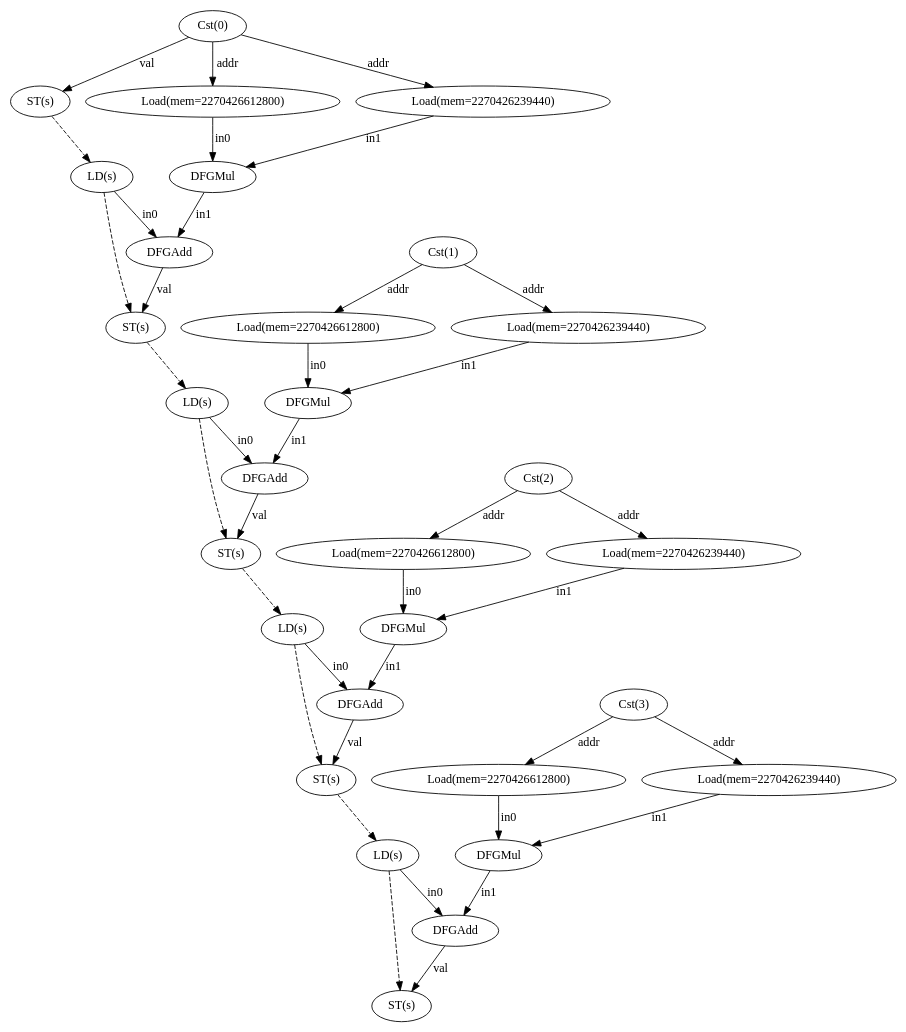
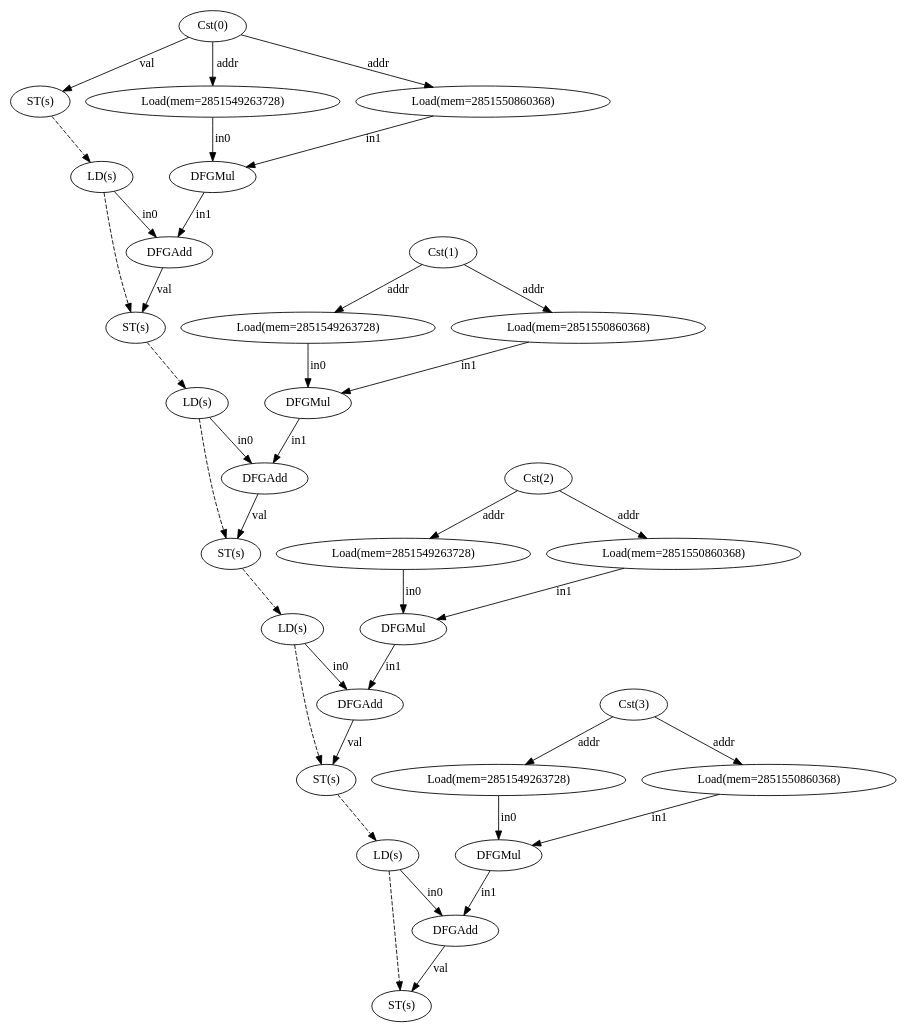
One commit to ma-carrillo/High-level-synthesis-assignment changed the diagram in test13/dfg.dot. Above: the diagram before and after it, drawn with Graphviz. The commit also changed 19 other files, not shown here.

```diff
--- a/test13/dfg.dot
+++ b/test13/dfg.dot
@@ -1,68 +1,68 @@
 digraph "dfg" {
   n0 [label="Cst(0)"];
   n1 [label="ST(s)"];
   n2 [label="LD(s)"];
-  n3 [label="Load(mem=2270426612800)"];
-  n4 [label="Load(mem=2270426239440)"];
+  n3 [label="Load(mem=2851549263728)"];
+  n4 [label="Load(mem=2851550860368)"];
   n5 [label="DFGMul"];
   n6 [label="DFGAdd"];
   n7 [label="ST(s)"];
   n8 [label="LD(s)"];
   n9 [label="Cst(1)"];
-  n10 [label="Load(mem=2270426612800)"];
-  n11 [label="Load(mem=2270426239440)"];
+  n10 [label="Load(mem=2851549263728)"];
+  n11 [label="Load(mem=2851550860368)"];
   n12 [label="DFGMul"];
   n13 [label="DFGAdd"];
   n14 [label="ST(s)"];
   n15 [label="LD(s)"];
   n16 [label="Cst(2)"];
-  n17 [label="Load(mem=2270426612800)"];
-  n18 [label="Load(mem=2270426239440)"];
+  n17 [label="Load(mem=2851549263728)"];
+  n18 [label="Load(mem=2851550860368)"];
   n19 [label="DFGMul"];
   n20 [label="DFGAdd"];
   n21 [label="ST(s)"];
   n22 [label="LD(s)"];
   n23 [label="Cst(3)"];
-  n24 [label="Load(mem=2270426612800)"];
-  n25 [label="Load(mem=2270426239440)"];
+  n24 [label="Load(mem=2851549263728)"];
+  n25 [label="Load(mem=2851550860368)"];
   n26 [label="DFGMul"];
   n27 [label="DFGAdd"];
   n28 [label="ST(s)"];
   n0 -> n1 [label="val"];
   n0 -> n3 [label="addr"];
   n0 -> n4 [label="addr"];
   n1 -> n2 [style="dashed"];
   n2 -> n6 [label="in0"];
   n2 -> n7 [style="dashed"];
   n3 -> n5 [label="in0"];
   n4 -> n5 [label="in1"];
   n5 -> n6 [label="in1"];
   n6 -> n7 [label="val"];
   n7 -> n8 [style="dashed"];
   n8 -> n13 [label="in0"];
   n8 -> n14 [style="dashed"];
   n9 -> n10 [label="addr"];
   n9 -> n11 [label="addr"];
   n10 -> n12 [label="in0"];
   n11 -> n12 [label="in1"];
   n12 -> n13 [label="in1"];
   n13 -> n14 [label="val"];
   n14 -> n15 [style="dashed"];
   n15 -> n20 [label="in0"];
   n15 -> n21 [style="dashed"];
   n16 -> n17 [label="addr"];
   n16 -> n18 [label="addr"];
   n17 -> n19 [label="in0"];
   n18 -> n19 [label="in1"];
   n19 -> n20 [label="in1"];
   n20 -> n21 [label="val"];
   n21 -> n22 [style="dashed"];
   n22 -> n27 [label="in0"];
   n22 -> n28 [style="dashed"];
   n23 -> n24 [label="addr"];
   n23 -> n25 [label="addr"];
   n24 -> n26 [label="in0"];
   n25 -> n26 [label="in1"];
   n26 -> n27 [label="in1"];
   n27 -> n28 [label="val"];
 }
```
